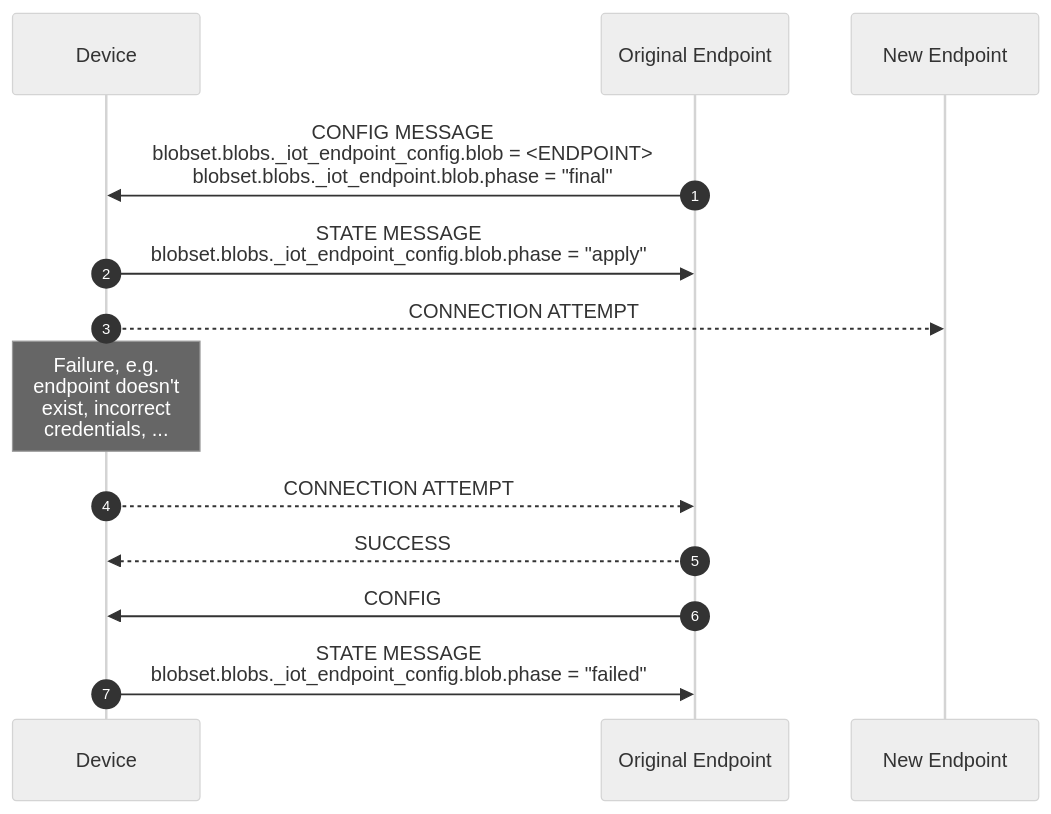
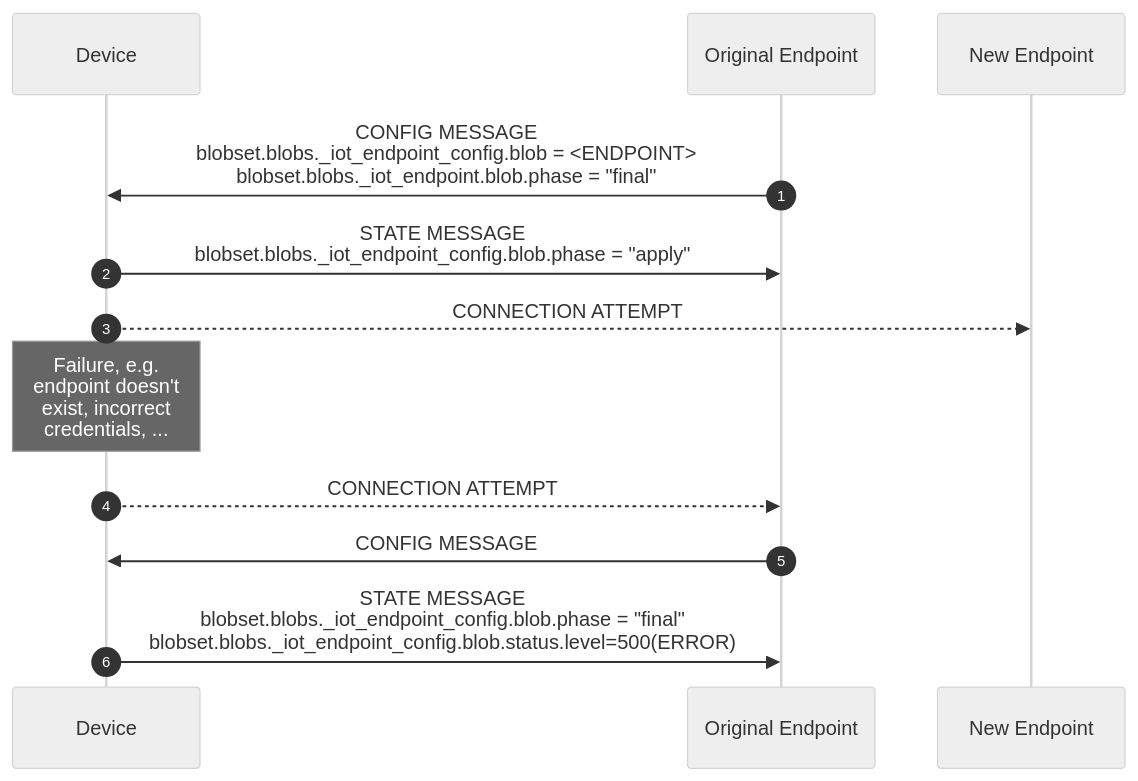
Before and after one commit to faucetsdn/udmi: the second of 2 diagrams in docs/specs/sequences/endpoint_reconfiguration.md, drawn with Mermaid (neutral theme). The commit also changed other lines of this file, not shown here.

````diff
--- a/docs/specs/sequences/endpoint_reconfiguration.md
+++ b/docs/specs/sequences/endpoint_reconfiguration.md
@@ -37,17 +34,16 @@
 ```mermaid
 %%{wrap}%%
 sequenceDiagram
     autonumber
     participant D as Device
     participant E as Original Endpoint
     participant E' as New Endpoint
     E->>D:CONFIG MESSAGE<br>blobset.blobs._iot_endpoint_config.blob = <ENDPOINT><br>blobset.blobs._iot_endpoint.blob.phase = "final"
     D->>E:STATE MESSAGE<BR>blobset.blobs._iot_endpoint_config.blob.phase = "apply"
     D-->>E':CONNECTION ATTEMPT
     note over D: Failure, e.g. endpoint doesn't exist, incorrect credentials, ...
     D-->>E:CONNECTION ATTEMPT
-    E-->>D:SUCCESS
-    E->>D:CONFIG
-    D->>E:STATE MESSAGE<BR>blobset.blobs._iot_endpoint_config.blob.phase = "failed"
+    E->>D:CONFIG MESSAGE
+    D->>E:STATE MESSAGE<BR>blobset.blobs._iot_endpoint_config.blob.phase = "final"<BR/>blobset.blobs._iot_endpoint_config.blob.status.level=500(ERROR) 
 
 ```
````
